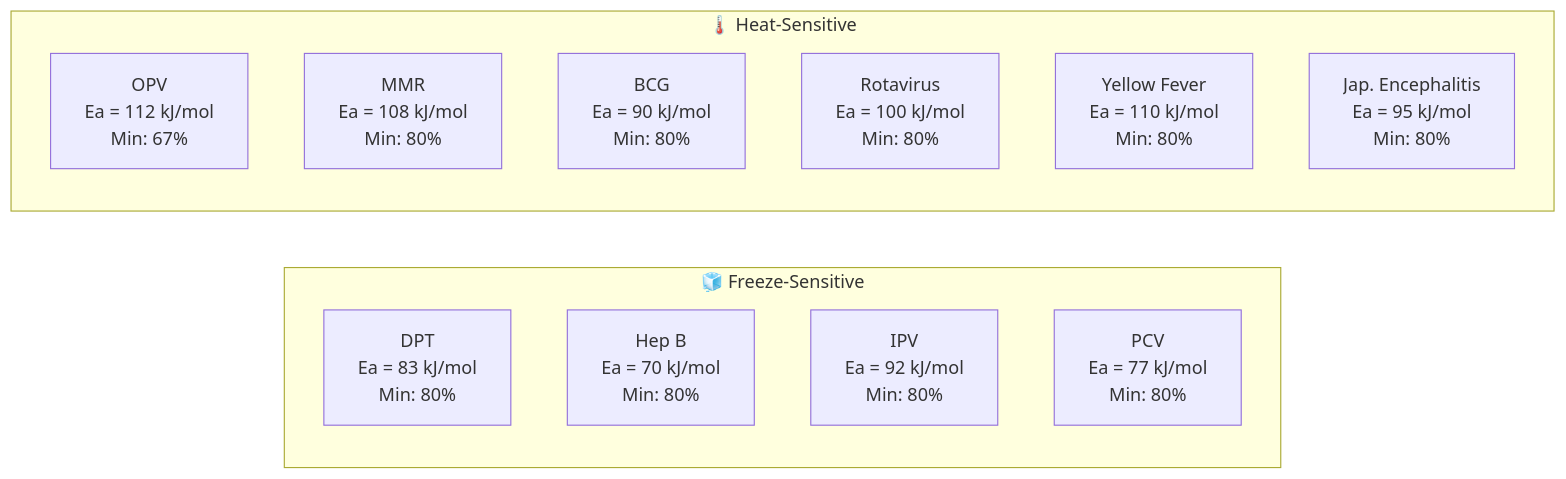
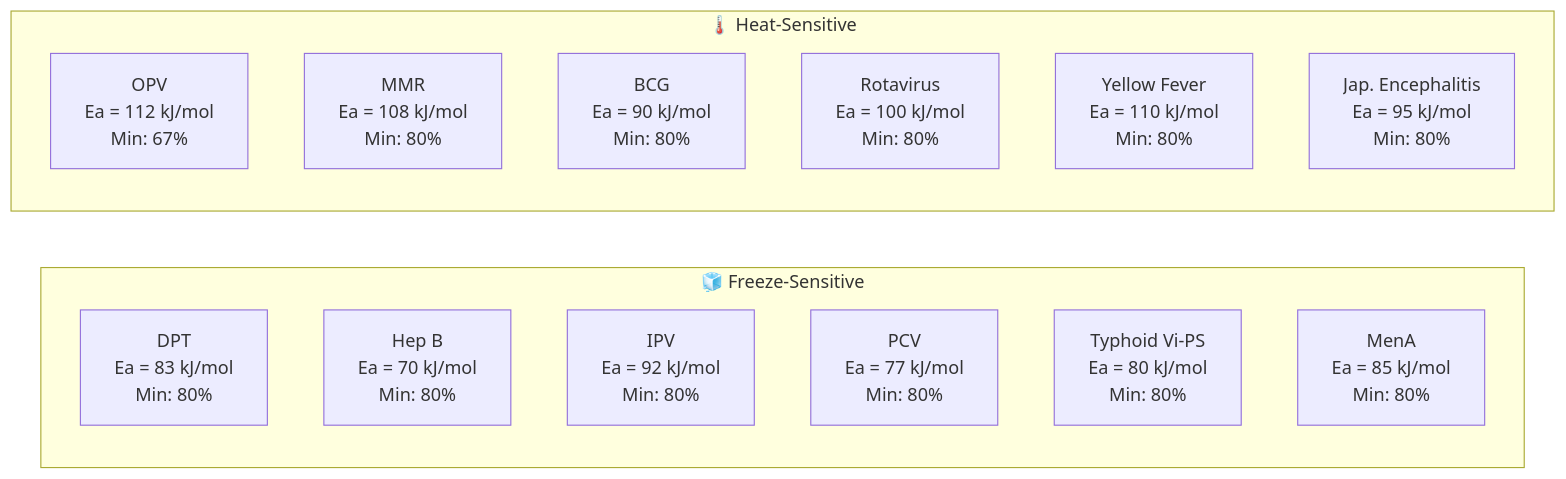
One commit to Santhosh-zeta/ColdGuard changed the third of 6 diagrams in README.md. Above: the diagram before and after it, drawn with Mermaid. The commit also changed other lines of this file, not shown here.

````diff
--- a/README.md
+++ b/README.md
@@ -163,17 +163,19 @@
 ```mermaid
 graph LR
     subgraph FREEZE["🧊 Freeze-Sensitive"]
         DPT["DPT\nEa = 83 kJ/mol\nMin: 80%"]
         HEPB["Hep B\nEa = 70 kJ/mol\nMin: 80%"]
         IPV["IPV\nEa = 92 kJ/mol\nMin: 80%"]
         PCV["PCV\nEa = 77 kJ/mol\nMin: 80%"]
+        TYP["Typhoid Vi-PS\nEa = 80 kJ/mol\nMin: 80%"]
+        MENA["MenA\nEa = 85 kJ/mol\nMin: 80%"]
     end
     subgraph HEAT["🌡️ Heat-Sensitive"]
         OPV["OPV\nEa = 112 kJ/mol\nMin: 67%"]
         MMR["MMR\nEa = 108 kJ/mol\nMin: 80%"]
         BCG["BCG\nEa = 90 kJ/mol\nMin: 80%"]
         ROTA["Rotavirus\nEa = 100 kJ/mol\nMin: 80%"]
         YF["Yellow Fever\nEa = 110 kJ/mol\nMin: 80%"]
         JE["Jap. Encephalitis\nEa = 95 kJ/mol\nMin: 80%"]
     end
 ```
````
